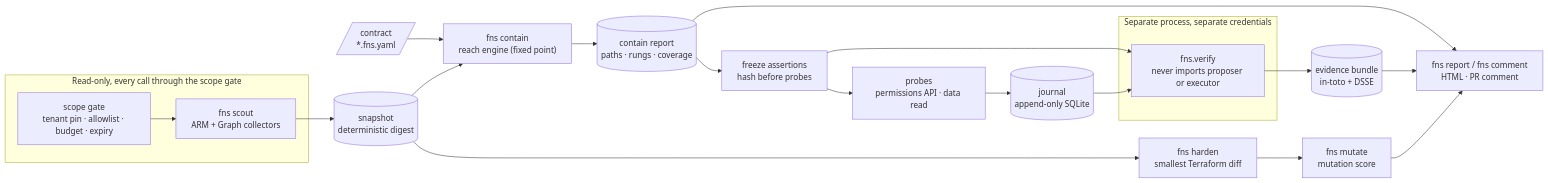
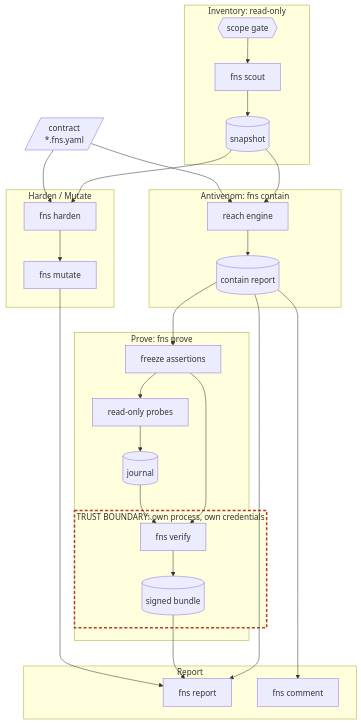
Before and after one commit to danielguillaumont/fang-and-scale: the first of 2 diagrams in README.md, drawn with Mermaid. The commit also changed other lines of this file, not shown here.

Commit message:
docs: redraw the architecture as top-down main flow and trust boundaries

````diff
--- a/README.md
+++ b/README.md
@@ -93,26 +95,54 @@
 ```mermaid
-flowchart LR
-  subgraph read["Read-only, every call through the scope gate"]
-    gate["scope gate<br/>tenant pin · allowlist · budget · expiry"]
-    scout["fns scout<br/>ARM + Graph collectors"]
-    gate --> scout
+flowchart TD
+  contract[/"contract<br/>*.fns.yaml"/]
+
+  subgraph inventory["Inventory: read-only"]
+    gate{{"scope gate"}}
+    scout["fns scout"]
+    snap[("snapshot")]
+    gate --> scout --> snap
   end
-  scout --> snap[("snapshot<br/>deterministic digest")]
-  contract[/"contract<br/>*.fns.yaml"/] --> contain
-  snap --> contain["fns contain<br/>reach engine (fixed point)"]
-  contain --> report[("contain report<br/>paths · rungs · coverage")]
-  report --> freeze["freeze assertions<br/>hash before probes"]
-  freeze --> probes["probes<br/>permissions API · data read"]
-  probes --> journal[("journal<br/>append-only SQLite")]
-  subgraph verifier["Separate process, separate credentials"]
-    verify["fns.verify<br/>never imports proposer or executor"]
+
+  subgraph antivenom["Antivenom: fns contain"]
+    reach["reach engine"]
+    creport[("contain report")]
+    reach --> creport
   end
-  freeze --> verify
-  journal --> verify
-  verify --> bundle[("evidence bundle<br/>in-toto + DSSE")]
-  snap --> harden["fns harden<br/>smallest Terraform diff"]
-  harden --> mutate["fns mutate<br/>mutation score"]
-  report --> out["fns report / fns comment<br/>HTML · PR comment"]
-  bundle --> out
-  mutate --> out
+
+  subgraph prove["Prove: fns prove"]
+    freeze["freeze assertions"]
+    probes["read-only probes"]
+    journal[("journal")]
+    freeze --> probes --> journal
+    subgraph boundary["TRUST BOUNDARY: own process, own credentials"]
+      verify["fns verify"]
+      bundle[("signed bundle")]
+      verify --> bundle
+    end
+    freeze --> verify
+    journal --> verify
+  end
+
+  subgraph hm["Harden / Mutate"]
+    harden["fns harden"]
+    mutate["fns mutate"]
+    harden --> mutate
+  end
+
+  subgraph report["Report"]
+    html["fns report"]
+    comment["fns comment"]
+  end
+
+  snap --> reach
+  contract --> reach
+  creport --> freeze
+  snap --> harden
+  contract --> harden
+  creport --> html
+  creport --> comment
+  bundle --> html
+  mutate --> html
+
+  style boundary stroke:#c0392b,stroke-width:3px,stroke-dasharray:6 4
 ```
````
